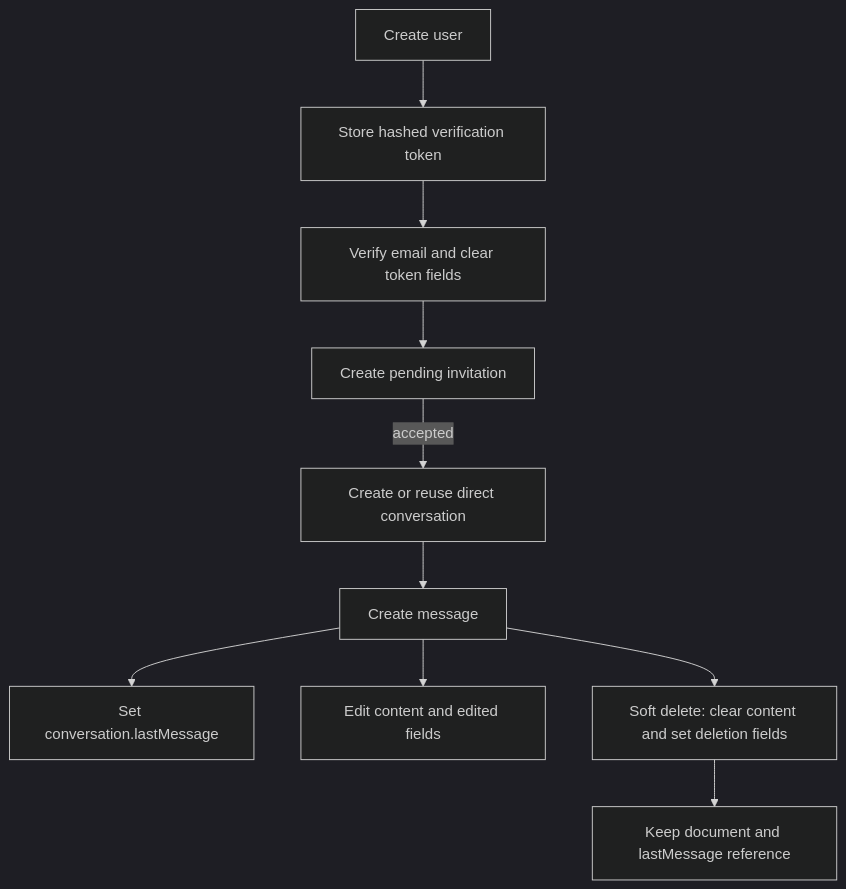
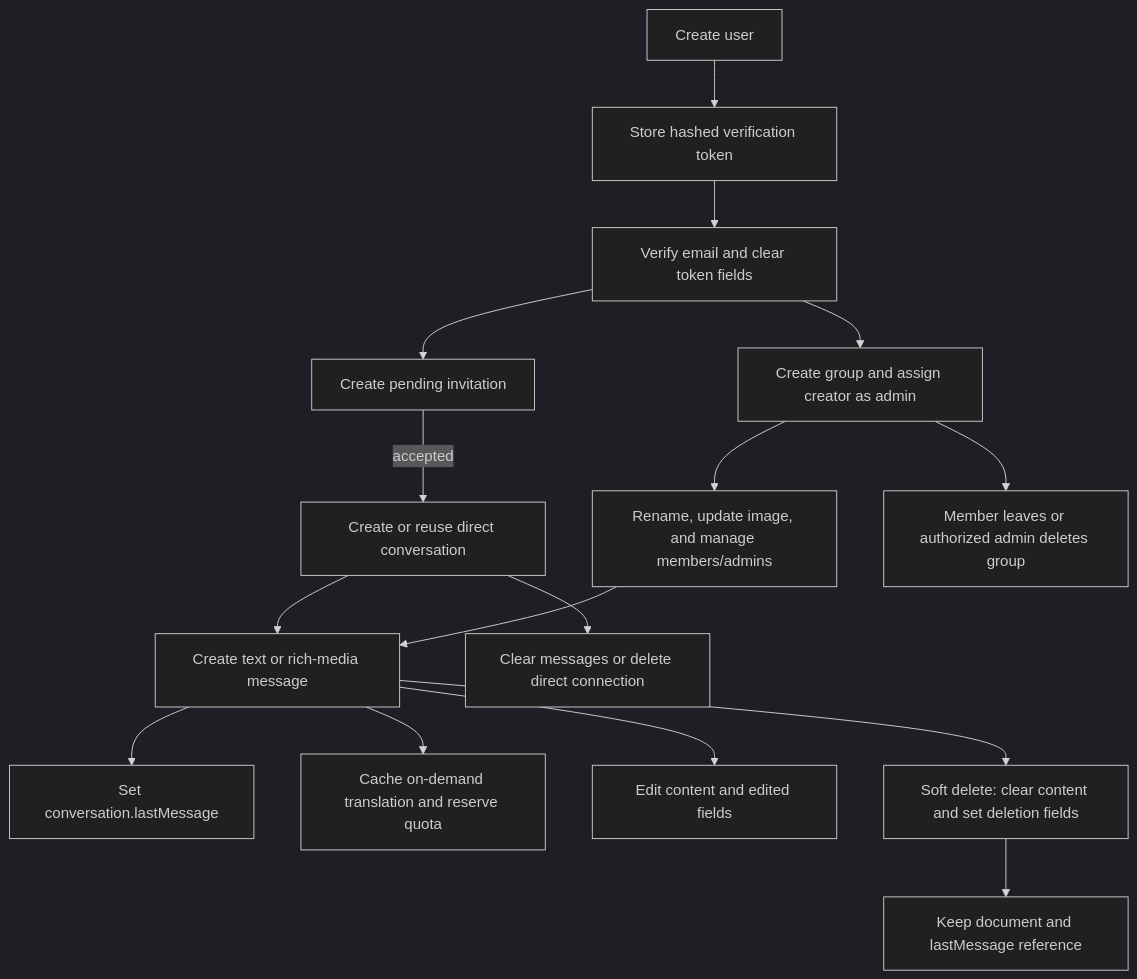
One commit to Saurav11343/click-chat changed the second of 2 diagrams in docs/03-data-model.md. Above: the diagram before and after it, drawn with Mermaid (dark theme). The commit also changed other lines of this file and 11 other files, not shown here.

Commit message:
update diagrams

````diff
--- a/docs/03-data-model.md
+++ b/docs/03-data-model.md
@@ -178,12 +181,18 @@
 ```mermaid
 flowchart TD
     U["Create user"] --> V["Store hashed verification token"]
     V --> E["Verify email and clear token fields"]
     E --> I["Create pending invitation"]
     I -->|"accepted"| C["Create or reuse direct conversation"]
-    C --> M["Create message"]
+    E --> G["Create group and assign creator as admin"]
+    G --> GM["Rename, update image, and manage members/admins"]
+    C --> M["Create text or rich-media message"]
+    GM --> M
     M --> L["Set conversation.lastMessage"]
+    M --> TR["Cache on-demand translation and reserve quota"]
     M --> ED["Edit content and edited fields"]
     M --> DEL["Soft delete: clear content and set deletion fields"]
     DEL --> KEEP["Keep document and lastMessage reference"]
+    C --> CLEAR["Clear messages or delete direct connection"]
+    G --> LEAVE["Member leaves or authorized admin deletes group"]
 ```
````
